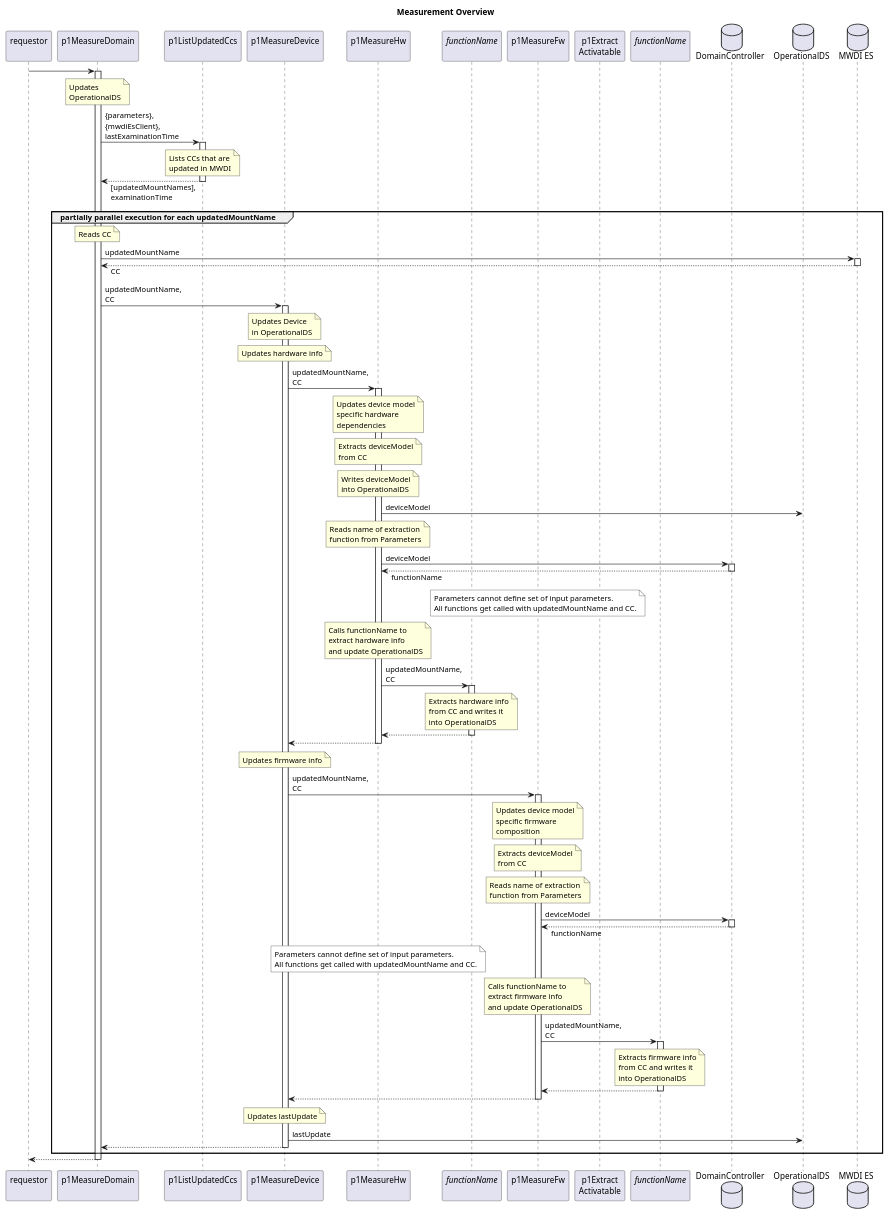
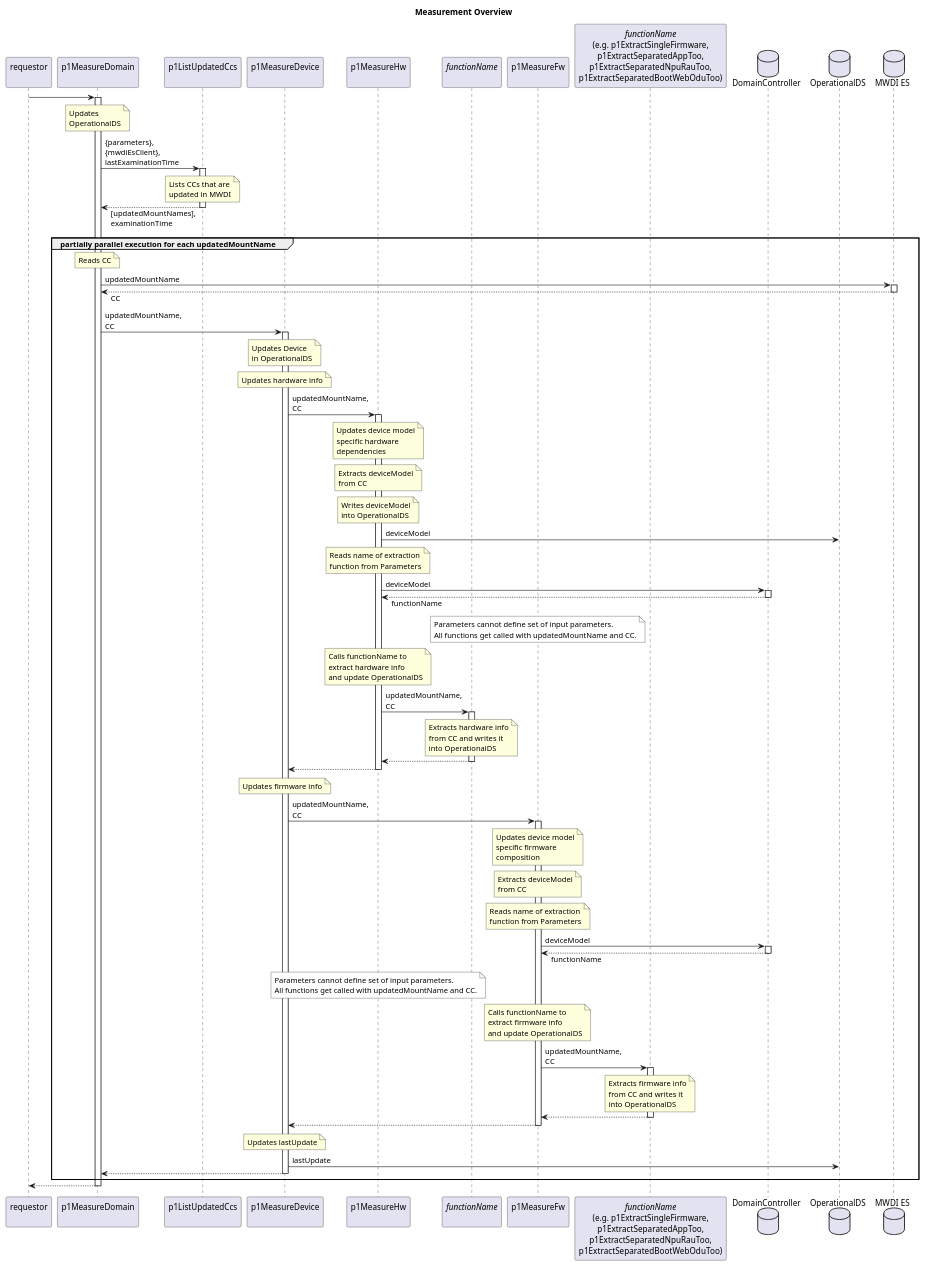
The diagram in spec/additionalDocumentation/Measurement/measurement_overview.plantuml (openBackhaul/FirmWareManager), drawn with PlantUML before and after one commit. The commit also changed 17 other files, not shown here.

```diff
--- a/spec/additionalDocumentation/Measurement/measurement_overview.plantuml
+++ b/spec/additionalDocumentation/Measurement/measurement_overview.plantuml
@@ -1,163 +1,162 @@
 @startuml measurement_overview
 skinparam responseMessageBelowArrow true
 
 title
   Measurement Overview
 end title
 
 participant "requestor\n" as requestor
 participant "p1MeasureDomain\n" as indServ
 participant "p1ListUpdatedCcs\n" as listCcs
 participant "p1MeasureDevice\n" as updateCc
 participant "p1MeasureHw\n" as updateHw
 participant "<i>functionName</i>\n" as extractHw
 participant "p1MeasureFw\n" as updateFw
-participant "p1Extract\nActivatable" as extractAct
-participant "<i>functionName</i>\n" as extractFw
+participant "<i>functionName</i>\n(e.g. p1ExtractSingleFirmware,\np1ExtractSeparatedAppToo,\np1ExtractSeparatedNpuRauToo,\np1ExtractSeparatedBootWebOduToo)" as extractFw
 
 database "DomainController" as DC
 database "OperationalDS" as OpDS
 database "MWDI ES" as Mwdi
 
 requestor -> indServ
 activate indServ
   note over indServ
     Updates
     OperationalDS
   end note
 
   indServ -> listCcs: {parameters},\n{mwdiEsClient},\nlastExaminationTime
   activate listCcs
     note over listCcs
       Lists CCs that are
       updated in MWDI
     end note
   indServ <-- listCcs: [updatedMountNames],\nexaminationTime
   deactivate listCcs
 
   group partially parallel execution for each updatedMountName
     note over indServ
       Reads CC
     end note
     indServ -> Mwdi: updatedMountName
     activate Mwdi
     indServ <-- Mwdi: CC
     deactivate Mwdi
 
     indServ -> updateCc: updatedMountName,\nCC
     activate updateCc
       note over updateCc
         Updates Device
         in OperationalDS
       end note
 
       note over updateCc
         Updates hardware info
       end note
       updateCc -> updateHw: updatedMountName,\nCC
       activate updateHw
         note over updateHw
           Updates device model
           specific hardware
           dependencies
         end note
 
         note over updateHw
           Extracts deviceModel
           from CC
         end note
         note over updateHw
           Writes deviceModel
           into OperationalDS
         end note
         updateHw -> OpDS: deviceModel
 
         note over updateHw
           Reads name of extraction
           function from Parameters
         end note
         updateHw -> DC: deviceModel
         activate DC
         updateHw <-- DC: functionName
         deactivate DC
         note over updateFw #White
           Parameters cannot define set of input parameters.
           All functions get called with updatedMountName and CC.
         end note
 
         note over updateHw
           Calls functionName to
           extract hardware info
           and update OperationalDS
         end note
         updateHw -> extractHw: updatedMountName,\nCC
         activate extractHw
           note over extractHw
             Extracts hardware info
             from CC and writes it
             into OperationalDS
           end note
         updateHw <-- extractHw
         deactivate extractHw
       updateCc <-- updateHw
       deactivate updateHw
 
       note over updateCc
         Updates firmware info
       end note
       updateCc -> updateFw: updatedMountName,\nCC
       activate updateFw
         note over updateFw
           Updates device model
           specific firmware
           composition
         end note
 
         note over updateFw
           Extracts deviceModel
           from CC
         end note
 
         note over updateFw
           Reads name of extraction
           function from Parameters
         end note
         updateFw -> DC: deviceModel
         activate DC
         updateFw <-- DC: functionName
         deactivate DC
         note over updateHw #White
           Parameters cannot define set of input parameters.
           All functions get called with updatedMountName and CC.
         end note
 
         note over updateFw
           Calls functionName to
           extract firmware info
           and update OperationalDS
         end note
         updateFw -> extractFw: updatedMountName,\nCC
         activate extractFw
           note over extractFw
             Extracts firmware info
             from CC and writes it
             into OperationalDS
           end note
         updateFw <-- extractFw
         deactivate extractFw
       updateCc <-- updateFw
       deactivate updateFw
 
       note over updateCc
         Updates lastUpdate
       end note
       updateCc -> OpDS: lastUpdate
 
     indServ <-- updateCc
     deactivate updateCc
   end group updatedMountNames
 
 requestor <-- indServ
 deactivate indServ
 
 @enduml
```
